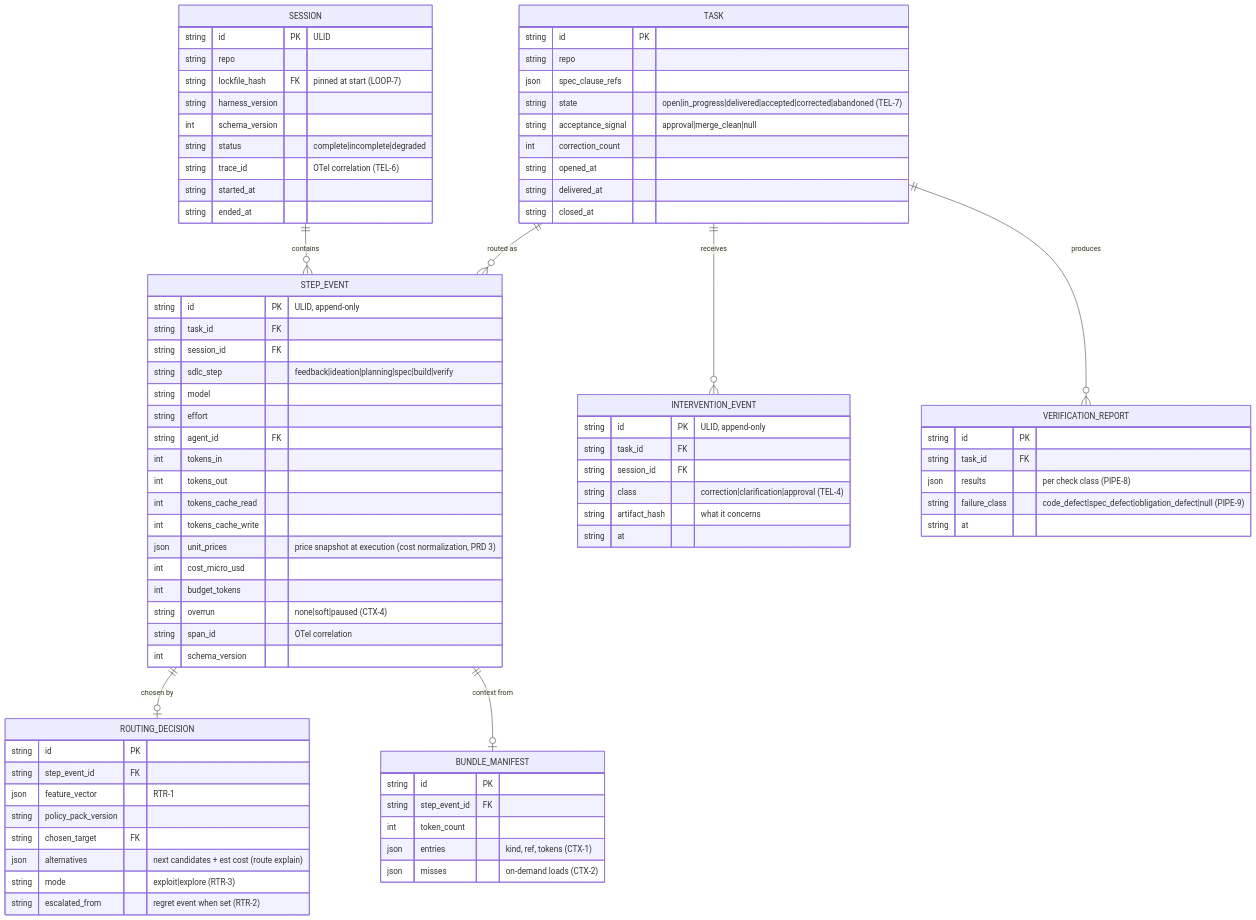
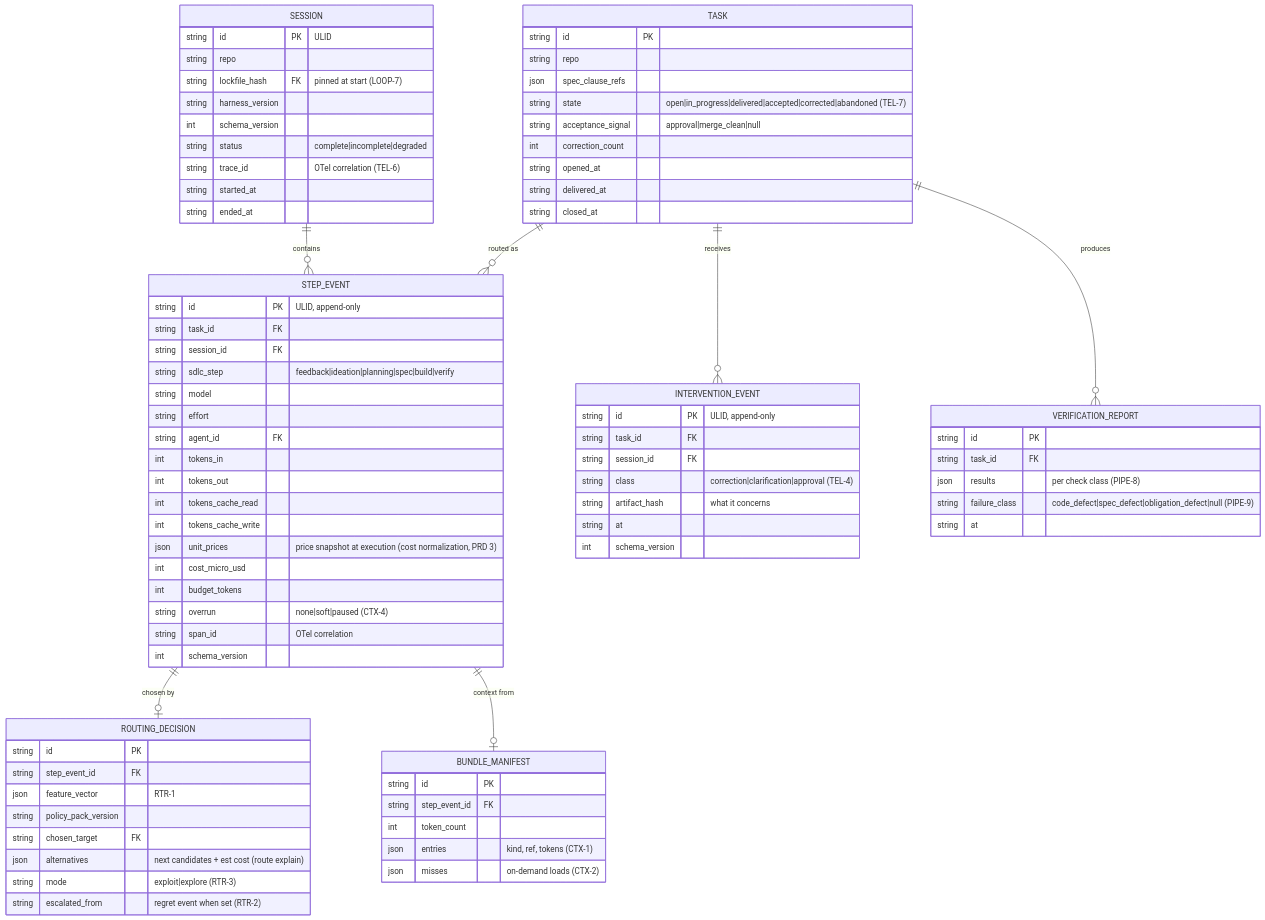
The third of 5 diagrams in docs/specs/2026-07-02-agent-harness-erd.md (BrendanShields/obligato), drawn with Mermaid before and after one commit. The commit also changed other lines of this file and 12 other files, not shown here.

```diff
--- a/docs/specs/2026-07-02-agent-harness-erd.md
+++ b/docs/specs/2026-07-02-agent-harness-erd.md
@@ -198,6 +199,7 @@
         string class "correction|clarification|approval (TEL-4)"
         string artifact_hash "what it concerns"
         string at
+        int schema_version
     }
     ROUTING_DECISION {
         string id PK
```
